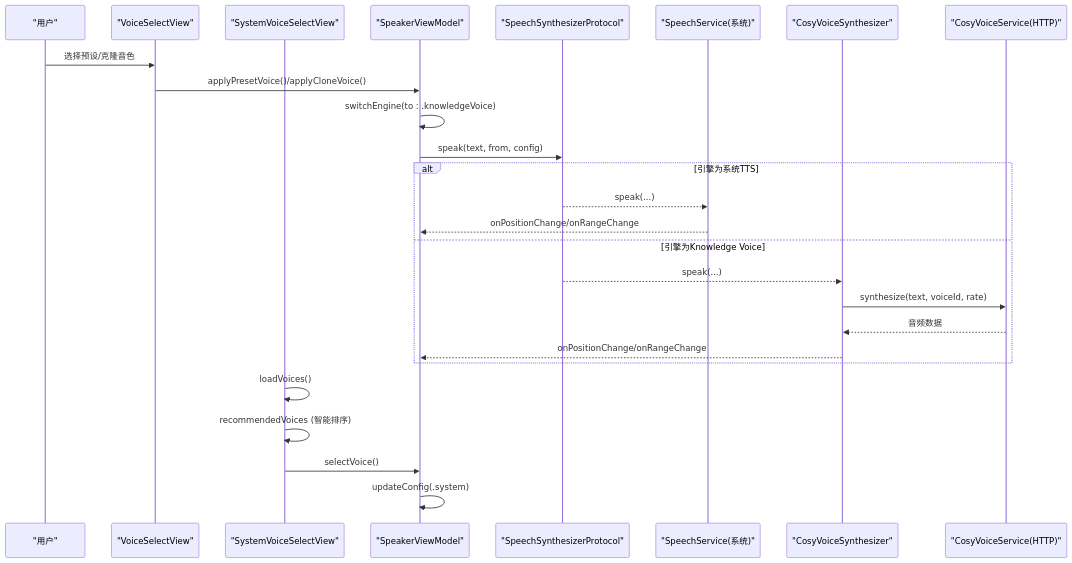
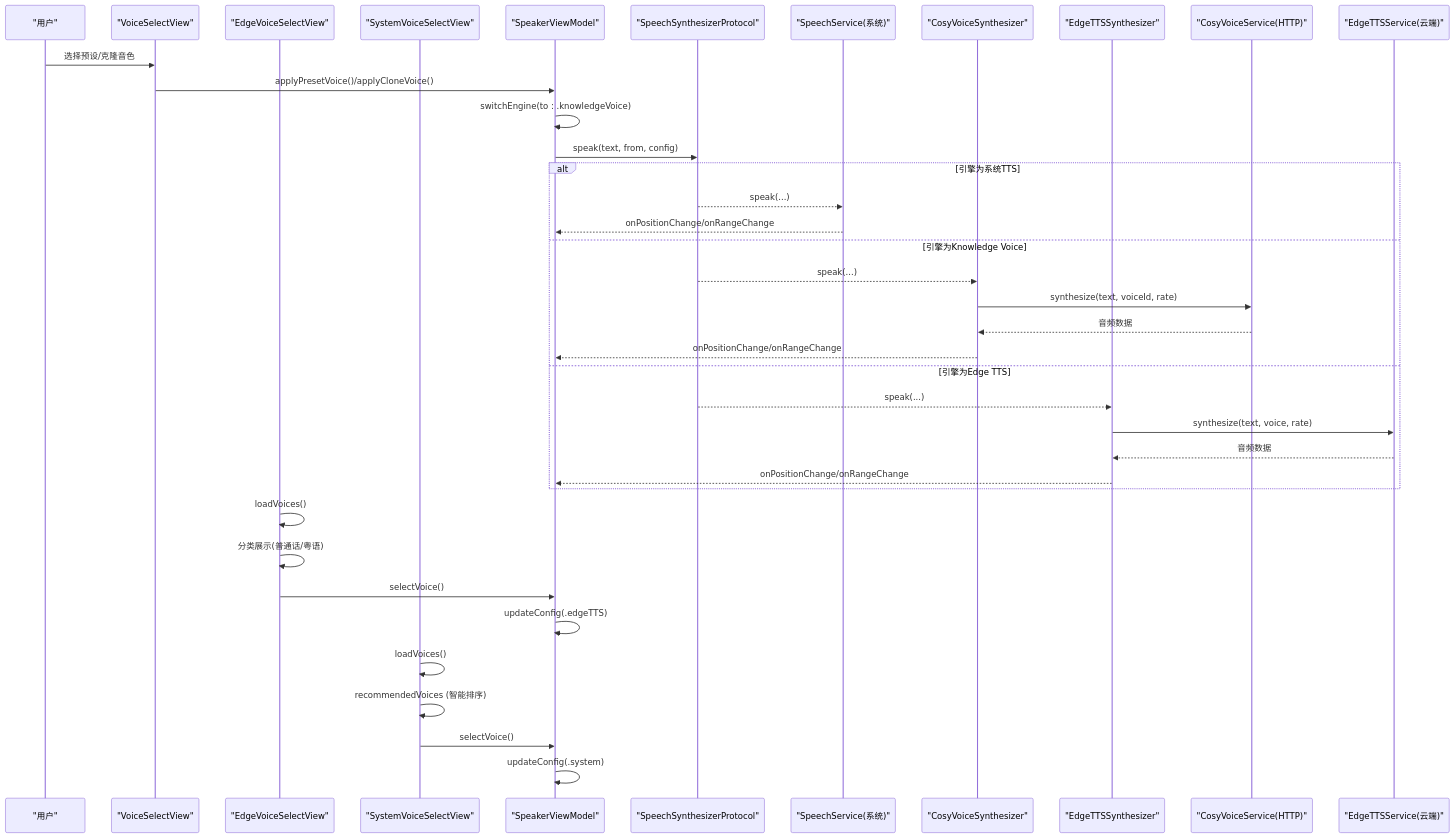
Before and after one commit to Primoguo/VoiceReader: the second of 12 diagrams in .qoder/repowiki/zh/content/用户界面设计/设置界面/语音选择界面.md, drawn with Mermaid. The commit also changed other lines of this file and 29 other files, not shown here.

````diff
--- a/.qoder/repowiki/zh/content/用户界面设计/设置界面/语音选择界面.md
+++ b/.qoder/repowiki/zh/content/用户界面设计/设置界面/语音选择界面.md
@@ -139,28 +162,40 @@
 ```mermaid
 sequenceDiagram
 participant U as "用户"
 participant V as "VoiceSelectView"
+participant EV as "EdgeVoiceSelectView"
 participant SV as "SystemVoiceSelectView"
 participant VM as "SpeakerViewModel"
 participant P as "SpeechSynthesizerProtocol"
 participant S as "SpeechService(系统)"
 participant C as "CosyVoiceSynthesizer"
+participant E as "EdgeTTSSynthesizer"
 participant H as "CosyVoiceService(HTTP)"
+participant ES as "EdgeTTSService(云端)"
 U->>V : 选择预设/克隆音色
 V->>VM : applyPresetVoice()/applyCloneVoice()
 VM->>VM : switchEngine(to : .knowledgeVoice)
 VM->>P : speak(text, from, config)
 alt 引擎为系统TTS
 P-->>S : speak(...)
 S-->>VM : onPositionChange/onRangeChange
 else 引擎为Knowledge Voice
 P-->>C : speak(...)
 C->>H : synthesize(text, voiceId, rate)
 H-->>C : 音频数据
 C-->>VM : onPositionChange/onRangeChange
+else 引擎为Edge TTS
+P-->>E : speak(...)
+E->>ES : synthesize(text, voice, rate)
+ES-->>E : 音频数据
+E-->>VM : onPositionChange/onRangeChange
 end
+EV->>EV : loadVoices()
+EV->>EV : 分类展示(普通话/粤语)
+EV->>VM : selectVoice()
+VM->>VM : updateConfig(.edgeTTS)
 SV->>SV : loadVoices()
 SV->>SV : recommendedVoices (智能排序)
 SV->>VM : selectVoice()
 VM->>VM : updateConfig(.system)
 ```
````
